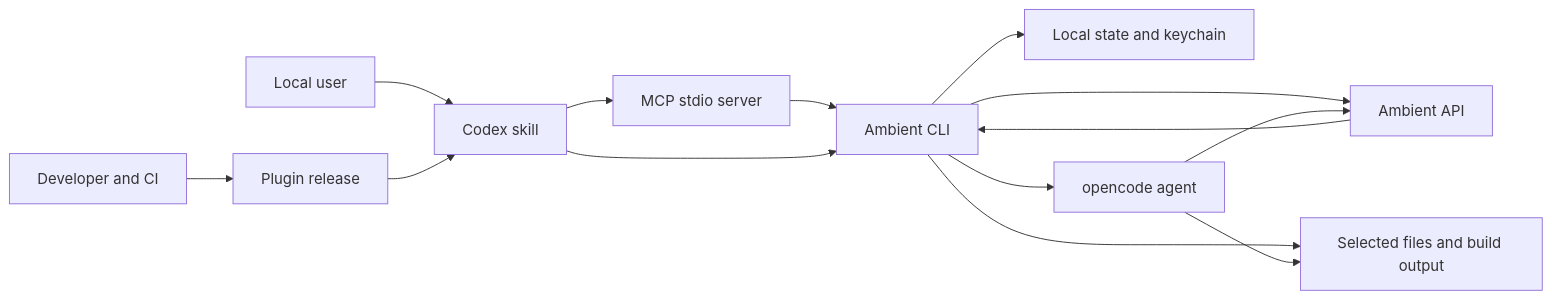
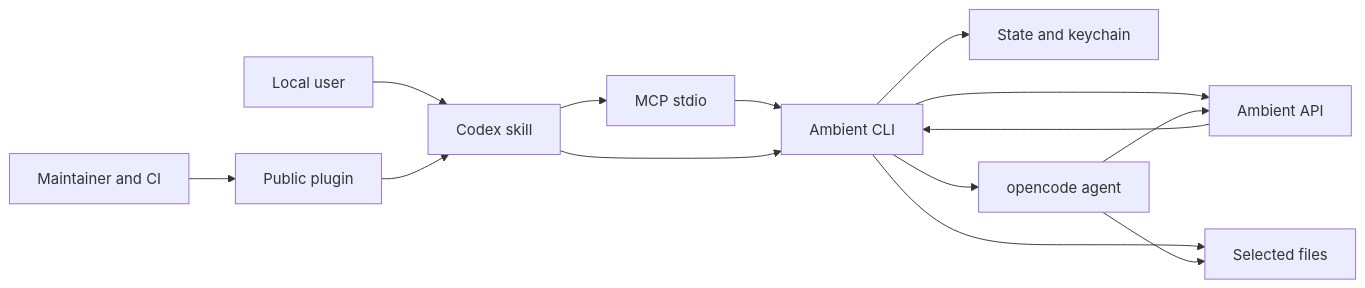
One commit to cryptoxinu/ambient-codex changed the diagram in ambient-codex-threat-model.md. Above: the diagram before and after it, drawn with Mermaid. The commit also changed other lines of this file, not shown here.

````diff
--- a/ambient-codex-threat-model.md
+++ b/ambient-codex-threat-model.md
@@ -117,16 +101,16 @@
 ```mermaid
 flowchart LR
     U["Local user"] --> C["Codex skill"]
-    C --> M["MCP stdio server"]
+    C --> M["MCP stdio"]
     M --> L["Ambient CLI"]
     C --> L
-    L --> S["Local state and keychain"]
+    L --> S["State and keychain"]
     L --> A["Ambient API"]
     A --> L
-    L --> F["Selected files and build output"]
+    L --> F["Selected files"]
     L --> O["opencode agent"]
     O --> F
     O --> A
-    D["Developer and CI"] --> P["Plugin release"]
+    D["Maintainer and CI"] --> P["Public plugin"]
     P --> C
 ```
````
